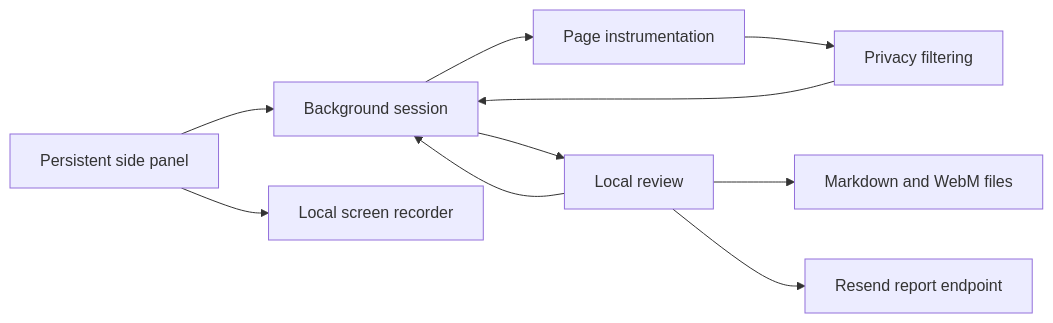
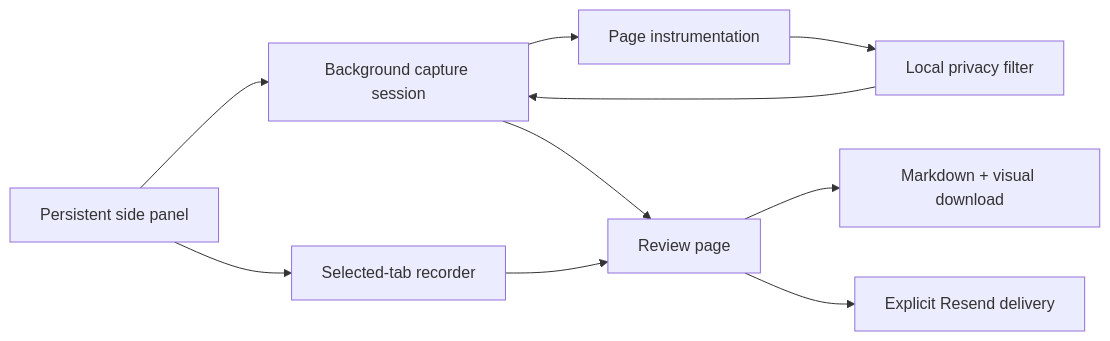
One commit to montasim/BugReceipt changed the diagram in README.md. Above: the diagram before and after it, drawn with Mermaid. The commit also changed other lines of this file and 19 other files, not shown here.

````diff
--- a/README.md
+++ b/README.md
@@ -121,12 +138,12 @@
 ```mermaid
 flowchart LR
-    A[Persistent side panel] --> B[Background session]
-    A --> H[Local screen recorder]
-    B --> C[Page instrumentation]
-    C --> D[Privacy filtering]
-    D --> B
-    B --> E[Local review]
+    A[Persistent side panel] --> B[Background capture session]
+    A --> C[Selected-tab recorder]
+    B --> D[Page instrumentation]
+    D --> E[Local privacy filter]
     E --> B
-    E --> F[Markdown and WebM files]
-    E --> G[Resend report endpoint]
+    B --> F[Review page]
+    C --> F
+    F --> G[Markdown + visual download]
+    F --> H[Explicit Resend delivery]
 ```
````
